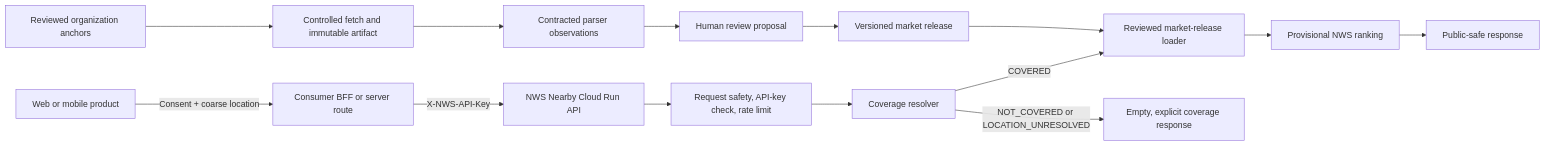
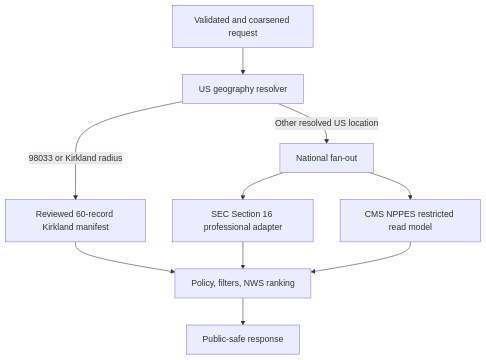
Before and after one commit to hushh-labs/HusshOne: the diagram in services/nws-nearby-intelligence/docs/END_TO_END_TECHNICAL_HANDOFF.md, drawn with Mermaid. The commit also changed other lines of this file and 47 other files, not shown here.

Commit message:
feat(nws): launch governed US national coverage

````diff
--- a/services/nws-nearby-intelligence/docs/END_TO_END_TECHNICAL_HANDOFF.md
+++ b/services/nws-nearby-intelligence/docs/END_TO_END_TECHNICAL_HANDOFF.md
@@ -58,17 +89,12 @@
 ```mermaid
-flowchart LR
-  A[Web or mobile product] -->|Consent + coarse location| B[Consumer BFF or server route]
-  B -->|X-NWS-API-Key| C[NWS Nearby Cloud Run API]
-  C --> D[Request safety, API-key check, rate limit]
-  D --> E[Coverage resolver]
-  E -->|COVERED| F[Reviewed market-release loader]
-  F --> G[Provisional NWS ranking]
-  G --> H[Public-safe response]
-  E -->|NOT_COVERED or LOCATION_UNRESOLVED| I[Empty, explicit coverage response]
-
-  J[Reviewed organization anchors] --> K[Controlled fetch and immutable artifact]
-  K --> L[Contracted parser observations]
-  L --> M[Human review proposal]
-  M --> N[Versioned market release]
-  N --> F
+flowchart TD
+  A["Validated and coarsened request"] --> B["US geography resolver"]
+  B -->|"98033 or Kirkland radius"| C["Reviewed 60-record Kirkland manifest"]
+  B -->|"Other resolved US location"| D["National fan-out"]
+  D --> E["SEC Section 16 professional adapter"]
+  D --> F["CMS NPPES restricted read model"]
+  C --> G["Policy, filters, NWS ranking"]
+  E --> G
+  F --> G
+  G --> H["Public-safe response"]
 ```
````
